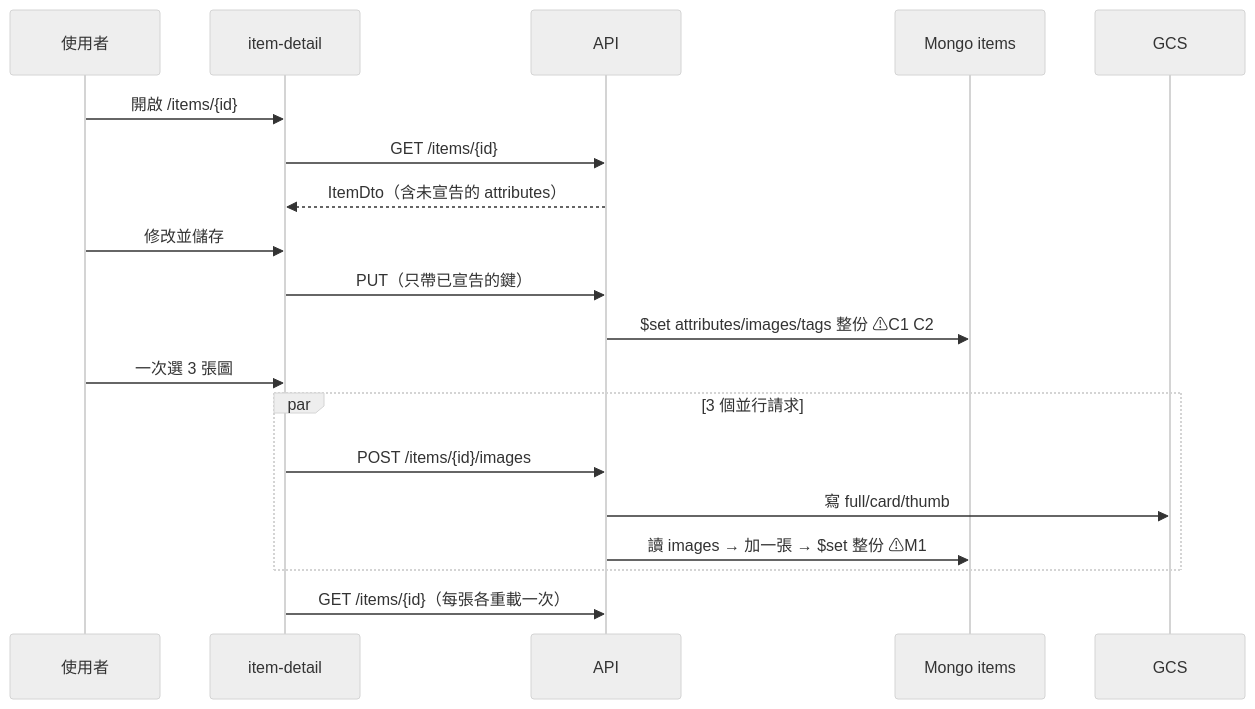
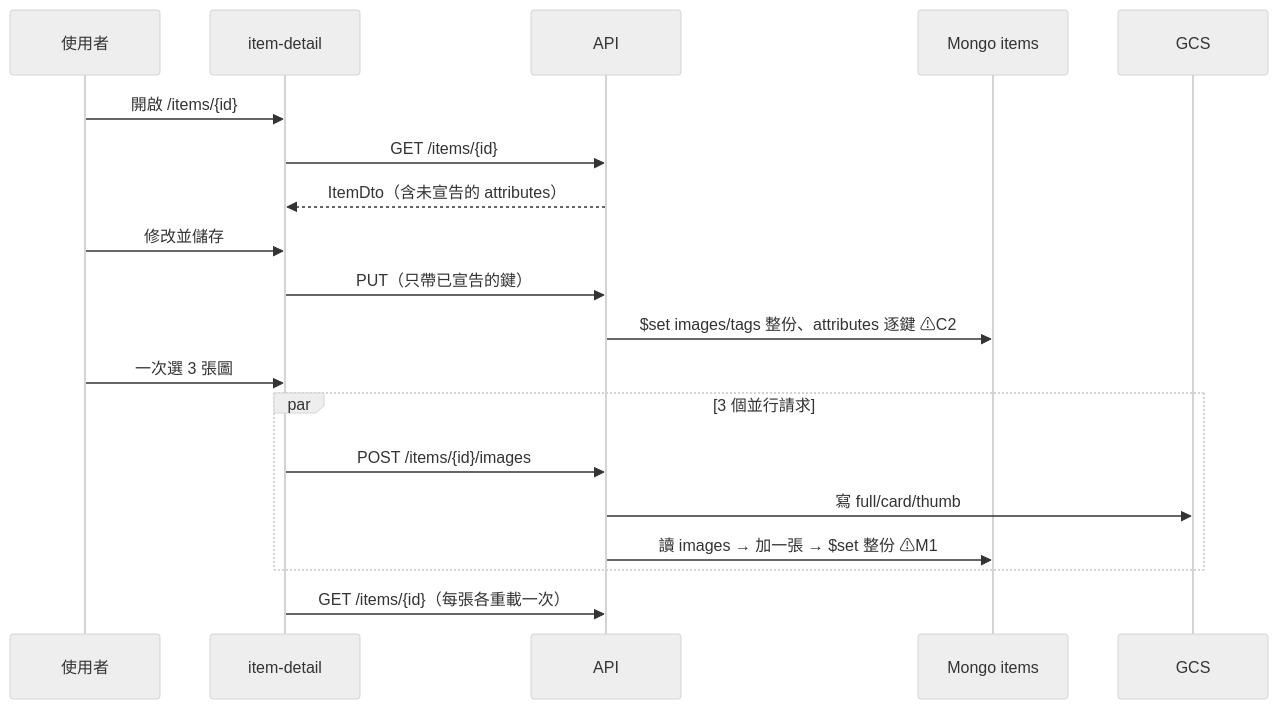
One commit to AdamChang/my-collection changed the second of 5 diagrams in docs/architecture/02-data-flow.md. Above: the diagram before and after it, drawn with Mermaid (neutral theme). The commit also changed other lines of this file and 5 other files, not shown here.

Commit message:
docs(architecture): 標記 C1 已解決並更新 AGENTS.md 高風險區域

````diff
--- a/docs/architecture/02-data-flow.md
+++ b/docs/architecture/02-data-flow.md
@@ -37,21 +37,21 @@
 ```mermaid
 sequenceDiagram
   participant U as 使用者
   participant W as item-detail
   participant API
   participant M as Mongo items
   participant G as GCS
   U->>W: 開啟 /items/{id}
   W->>API: GET /items/{id}
   API-->>W: ItemDto（含未宣告的 attributes）
   U->>W: 修改並儲存
   W->>API: PUT（只帶已宣告的鍵）
-  API->>M: $set attributes/images/tags 整份 ⚠C1 C2
+  API->>M: $set images/tags 整份、attributes 逐鍵 ⚠C2
   U->>W: 一次選 3 張圖
   par 3 個並行請求
     W->>API: POST /items/{id}/images
     API->>G: 寫 full/card/thumb
     API->>M: 讀 images → 加一張 → $set 整份 ⚠M1
   end
   W->>API: GET /items/{id}（每張各重載一次）
 ```
````
